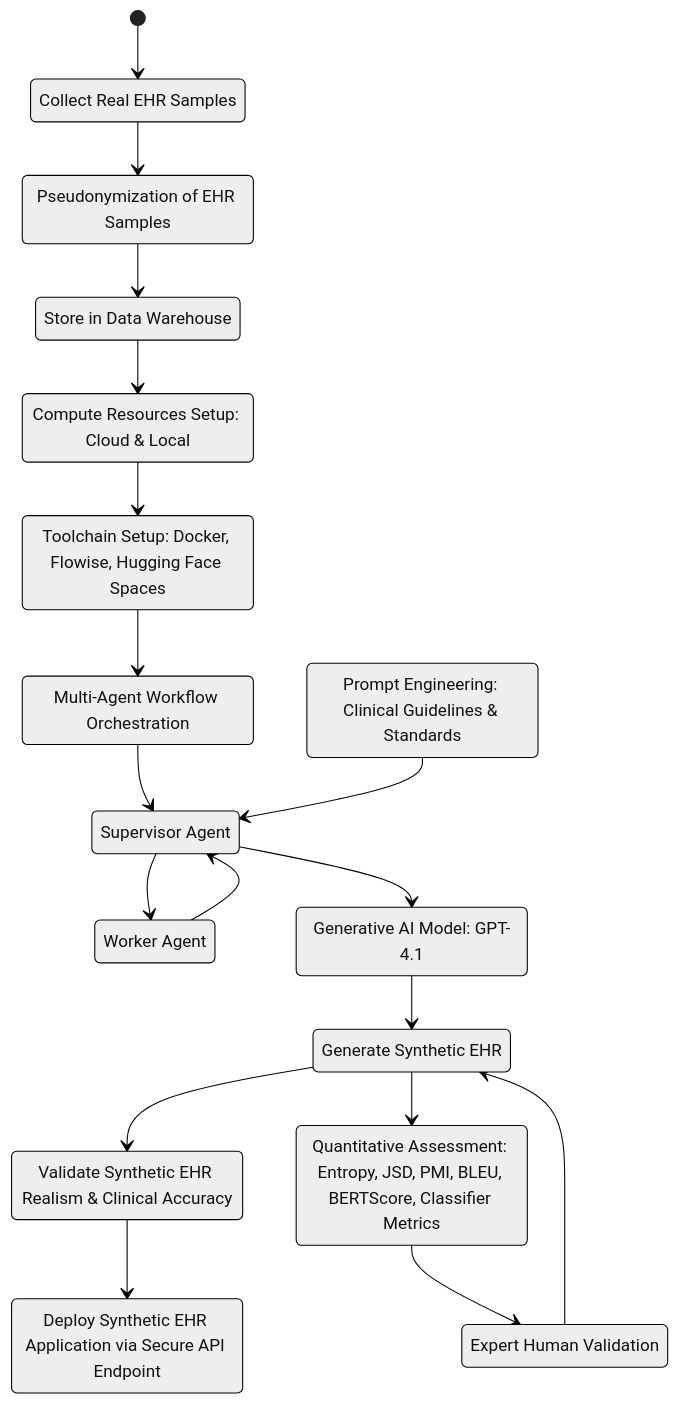
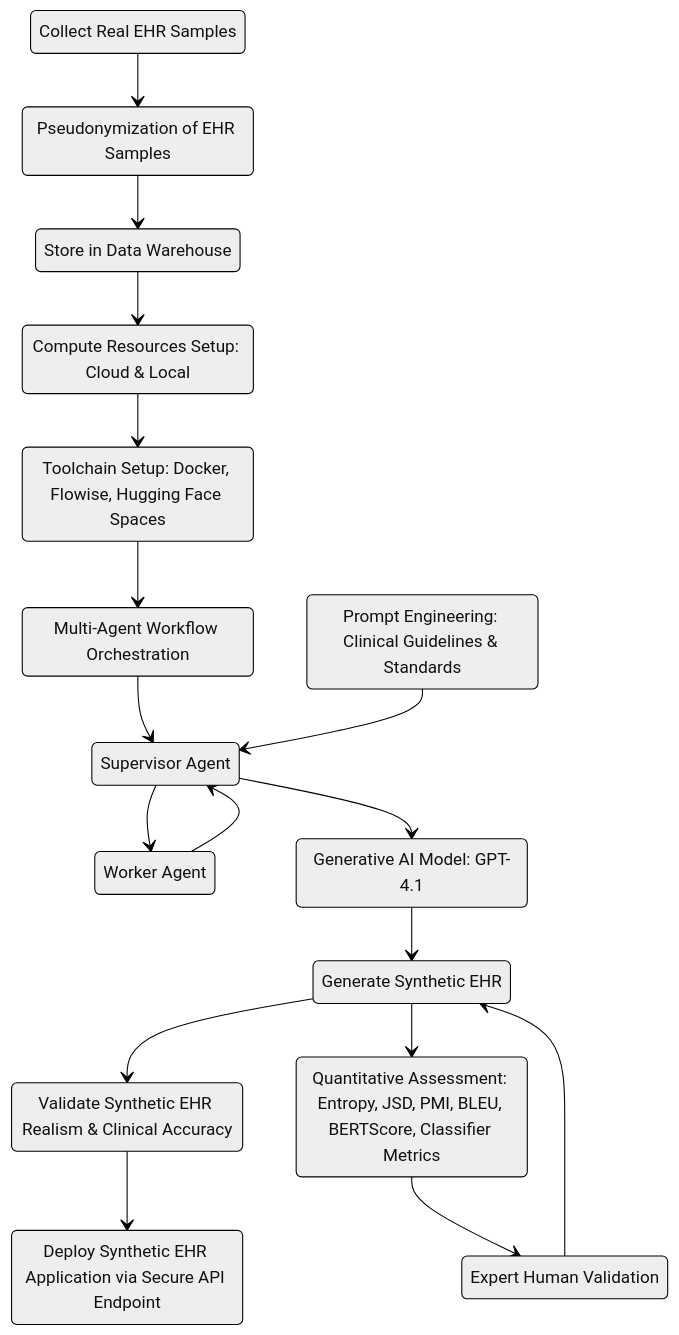
One commit to HR-DataLab-Healthcare/RESEARCH_SUPPORT changed the first of 2 diagrams in PROJECTS/Generative_Agent_based_Data-Synthesis/Readme.md. Above: the diagram before and after it, drawn with Mermaid (neutral theme). The commit also changed other lines of this file, not shown here.

````diff
--- a/PROJECTS/Generative_Agent_based_Data-Synthesis/Readme.md
+++ b/PROJECTS/Generative_Agent_based_Data-Synthesis/Readme.md
@@ -43,42 +19,41 @@
   ```mermaid 
     
-    stateDiagram-v2
-        [*] --> Collect
+  stateDiagram-v2
         Collect --> Pseudonymize
         Pseudonymize --> Store
         Store --> Compute
         Compute --> Toolchain
         Toolchain --> Orchestrate
         Orchestrate --> Supervisor
         Supervisor --> Worker
         Prompt  --> Supervisor
         Worker  --> Supervisor
         %%Prompt --> Model
         Supervisor --> Model
         Model --> Generate
         Generate --> Validate
         Validate --> Deploy
     
         %% Iterative Refinement & Evaluation Loop
         Generate --> Quantitative
         Quantitative --> Expert
         Expert --> Generate
     
         %% State labels for clarity
         state "Collect Real EHR Samples" as Collect
         state "Pseudonymization of EHR Samples" as Pseudonymize
         state "Store in Data Warehouse" as Store
         state "Compute Resources Setup: Cloud & Local" as Compute
         state "Toolchain Setup: Docker, Flowise, Hugging Face Spaces" as Toolchain
         state "Multi-Agent Workflow Orchestration" as Orchestrate
         state "Supervisor Agent" as Supervisor
         state "Worker Agent" as Worker
         state "Prompt Engineering: Clinical Guidelines & Standards" as Prompt
         state "Generative AI Model: GPT-4.1" as Model
         state "Generate Synthetic EHR" as Generate
         state "Validate Synthetic EHR Realism & Clinical Accuracy" as Validate
         state "Deploy Synthetic EHR Application via Secure API Endpoint" as Deploy
         state "Quantitative Assessment: Entropy, JSD, PMI, BLEU, BERTScore, Classifier Metrics" as Quantitative
         state "Expert Human Validation" as Expert
     
   ```
````
